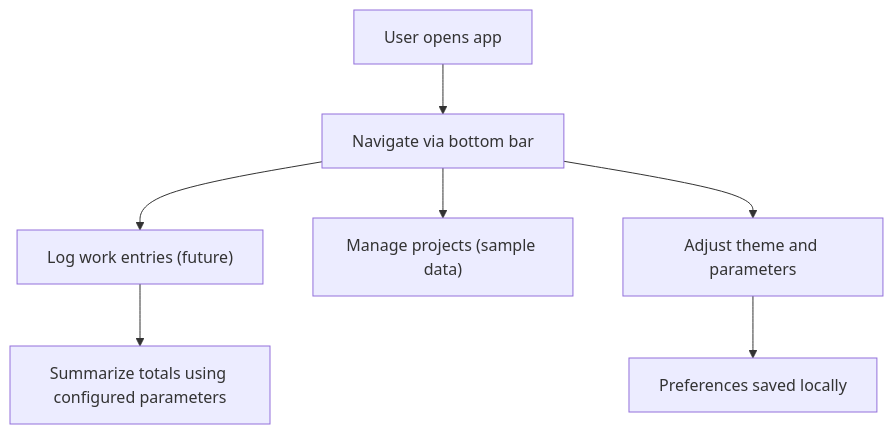
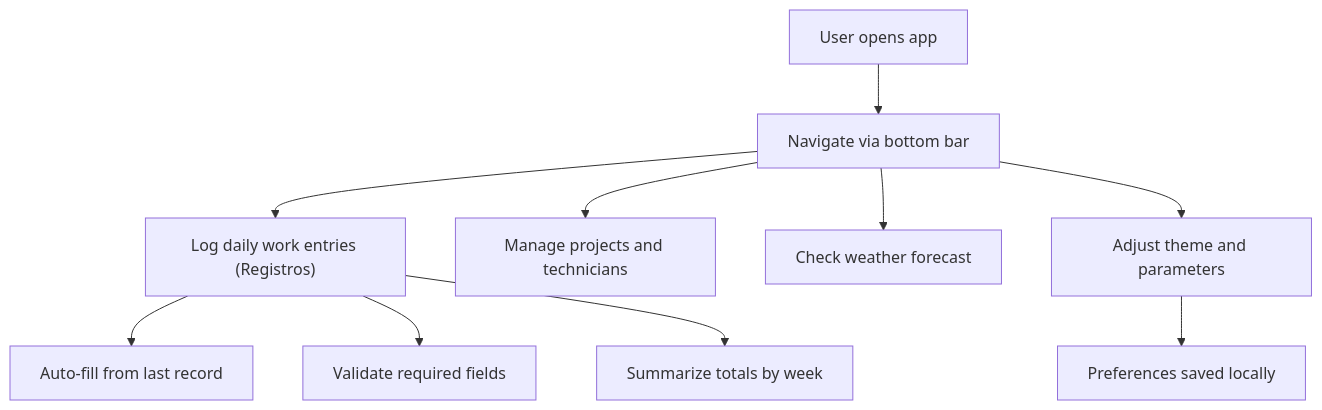
The seventh of 8 diagrams in .qoder/repowiki/en/content/Project Overview.md (RobertRuas/nordic-worklog), drawn with Mermaid before and after one commit. The commit also changed other lines of this file and 4 other files, not shown here.

````diff
--- a/.qoder/repowiki/en/content/Project Overview.md
+++ b/.qoder/repowiki/en/content/Project Overview.md
@@ -279,9 +321,12 @@
 ```mermaid
 flowchart TD
 User["User opens app"] --> Navigate["Navigate via bottom bar"]
-Navigate --> Track["Log work entries (future)"]
-Navigate --> Manage["Manage projects (sample data)"]
+Navigate --> Track["Log daily work entries (Registros)"]
+Navigate --> Manage["Manage projects and technicians"]
+Navigate --> Weather["Check weather forecast"]
 Navigate --> Configure["Adjust theme and parameters"]
 Configure --> Persist["Preferences saved locally"]
-Track --> Summarize["Summarize totals using configured parameters"]
+Track --> AutoFill["Auto-fill from last record"]
+Track --> Validate["Validate required fields"]
+Track --> Summarize["Summarize totals by week"]
 ```
````
